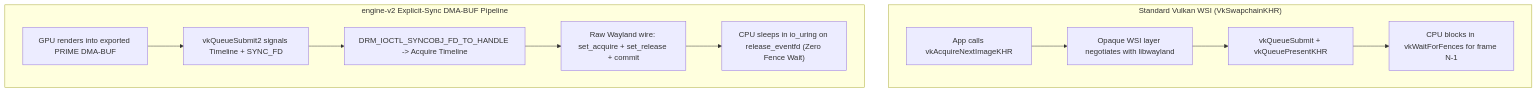
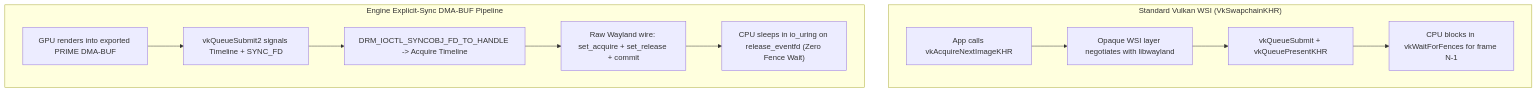
Before and after one commit to Cetin-Furkan/engine: the diagram in doc/ARCHITECTURE_COMPARISON.md, drawn with Mermaid. The commit also changed other lines of this file and 56 other files, not shown here.

````diff
--- a/doc/ARCHITECTURE_COMPARISON.md
+++ b/doc/ARCHITECTURE_COMPARISON.md
@@ -57,15 +57,15 @@
 ```mermaid
 flowchart TB
     subgraph Traditional["Standard Vulkan WSI (VkSwapchainKHR)"]
         T1["App calls vkAcquireNextImageKHR"] --> T2["Opaque WSI layer negotiates with libwayland"]
         T2 --> T3["vkQueueSubmit + vkQueuePresentKHR"]
         T3 --> T4["CPU blocks in vkWaitForFences for frame N-1"]
     end
 
-    subgraph EngineV2["engine-v2 Explicit-Sync DMA-BUF Pipeline"]
+    subgraph EngineExplicit["Engine Explicit-Sync DMA-BUF Pipeline"]
         E1["GPU renders into exported PRIME DMA-BUF"] --> E2["vkQueueSubmit2 signals Timeline + SYNC_FD"]
         E2 --> E3["DRM_IOCTL_SYNCOBJ_FD_TO_HANDLE -> Acquire Timeline"]
         E3 --> E4["Raw Wayland wire: set_acquire + set_release + commit"]
         E4 --> E5["CPU sleeps in io_uring on release_eventfd (Zero Fence Wait)"]
     end
 ```
````
